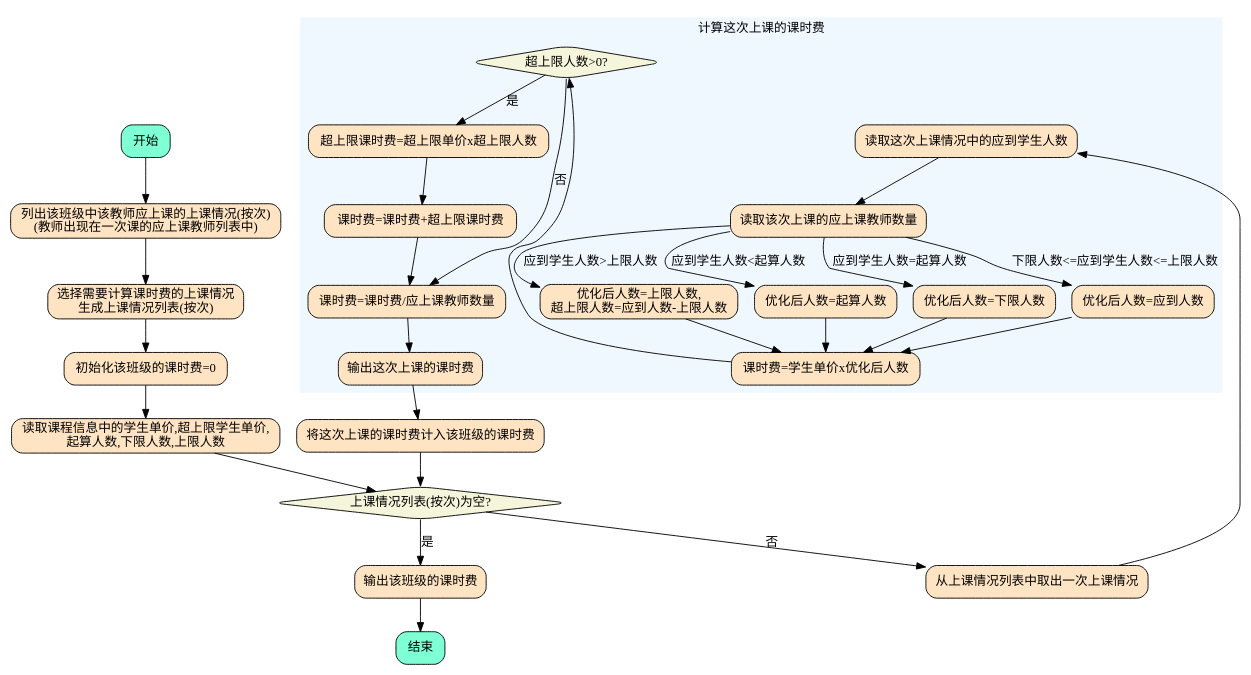
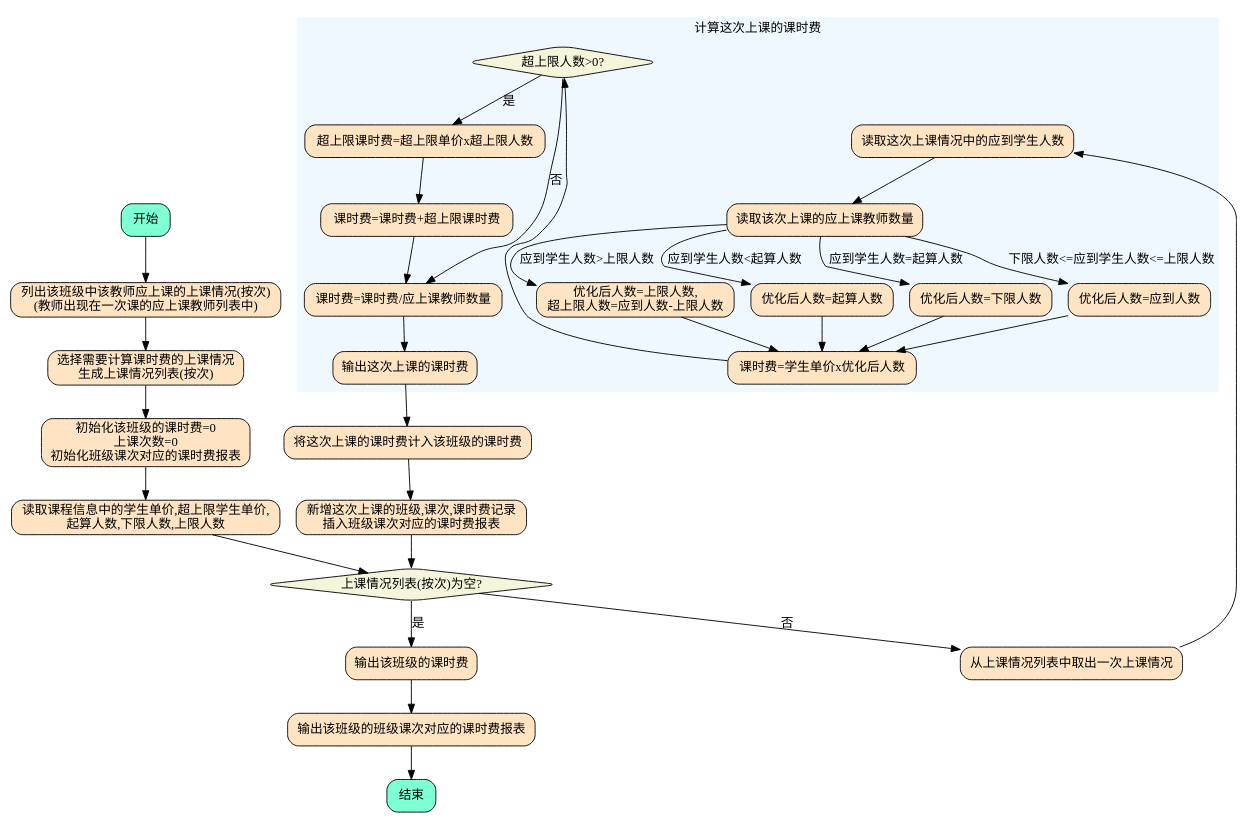
Before and after one commit to diandian888/mx-requirements: the diagram in management-system/hr/pay/pay-for-class/svg/02.dot, drawn with Graphviz. The commit also changed 3 other files, not shown here.

```diff
--- a/management-system/hr/pay/pay-for-class/svg/02.dot
+++ b/management-system/hr/pay/pay-for-class/svg/02.dot
@@ -1,69 +1,71 @@
 digraph {
     node [shape="box", style="rounded,filled", fillcolor="aquamarine"]
         start[label="开始"];
         end[label="结束"];
 
     node [shape="box", style="rounded,filled", fillcolor="bisque"]
         s1[label="列出该班级中该教师应上课的上课情况(按次)\n(教师出现在一次课的应上课教师列表中)"];
         s2[label="选择需要计算课时费的上课情况\n生成上课情况列表(按次)"];
-        s3[label="初始化该班级的课时费=0"];
+        s3[label="初始化该班级的课时费=0\n上课次数=0\n初始化班级课次对应的课时费报表"];
         s4[label="读取课程信息中的学生单价,超上限学生单价,\n起算人数,下限人数,上限人数"];
         s_c1_y1[label="输出该班级的课时费"];
+        s_c1_y2[label="输出该班级的班级课次对应的课时费报表"];
         s_c1_n1[label="从上课情况列表中取出一次上课情况"];
         s_c1_n2[label="将这次上课的课时费计入该班级的课时费"];
+        s_c1_n3[label="新增这次上课的班级,课次,课时费记录\n插入班级课次对应的课时费报表"];
     
     node [shape="diamond", style="rounded,filled", fillcolor="beige"]
         c1[label="上课情况列表(按次)为空?"];
 
     subgraph cluster1 {
         label="计算这次上课的课时费";
         style="filled";
         color="aliceblue";
 
         node [shape="box", style="rounded,filled", fillcolor="bisque"]
             sub1_s1[label="读取这次上课情况中的应到学生人数"];
             sub1_s2[label="读取该次上课的应上课教师数量"];
             sub1_s3_a[label="优化后人数=起算人数"];
             sub1_s3_b[label="优化后人数=下限人数"];
             sub1_s3_c[label="优化后人数=应到人数"];
             sub1_s3_d[label="优化后人数=上限人数,\n超上限人数=应到人数-上限人数"];
             sub1_s4[label="课时费=学生单价x优化后人数"];
             sub1_c1_y1[label="超上限课时费=超上限单价x超上限人数"];
             sub1_c1_y2[label="课时费=课时费+超上限课时费"];
             sub1_s5[label="课时费=课时费/应上课教师数量"];
             sub1_s6[label="输出这次上课的课时费"];
         
         node [shape="diamond", style="rounded,filled", fillcolor="beige"]
             sub1_c1[label="超上限人数>0?"];
 
         sub1_s1 -> sub1_s2;
         sub1_s2 -> sub1_s3_a[label="应到学生人数<起算人数"];
         sub1_s2 -> sub1_s3_b[label="应到学生人数=起算人数"];
         sub1_s2 -> sub1_s3_c[label="下限人数<=应到学生人数<=上限人数"];
         sub1_s2 -> sub1_s3_d[label="应到学生人数>上限人数"];
         sub1_s3_a -> sub1_s4;
         sub1_s3_b -> sub1_s4;
         sub1_s3_c -> sub1_s4;
         sub1_s3_d -> sub1_s4;
 
         sub1_s4 -> sub1_c1;
         sub1_c1 -> sub1_c1_y1[label="是"];
         sub1_c1 -> sub1_s5[label="否"];
 
         sub1_c1_y1 -> sub1_c1_y2 -> sub1_s5
         sub1_s5 -> sub1_s6;
 
         {rank=same sub1_s3_a sub1_s3_b sub1_s3_c sub1_s3_d}
         {rank=max sub1_s4}
     }
     start -> s1 -> s2 -> s3 -> s4 -> c1;
 
     c1 -> s_c1_y1[label="是"];
     c1 -> s_c1_n1[label="否"];
 
-    s_c1_y1 -> end;
+    s_c1_y1 -> s_c1_y2 -> end;
     s_c1_n1 -> sub1_s1;
 
     sub1_s6 -> s_c1_n2;
-    s_c1_n2 -> c1; 
+    s_c1_n2 -> s_c1_n3 -> c1; 
 }
```
